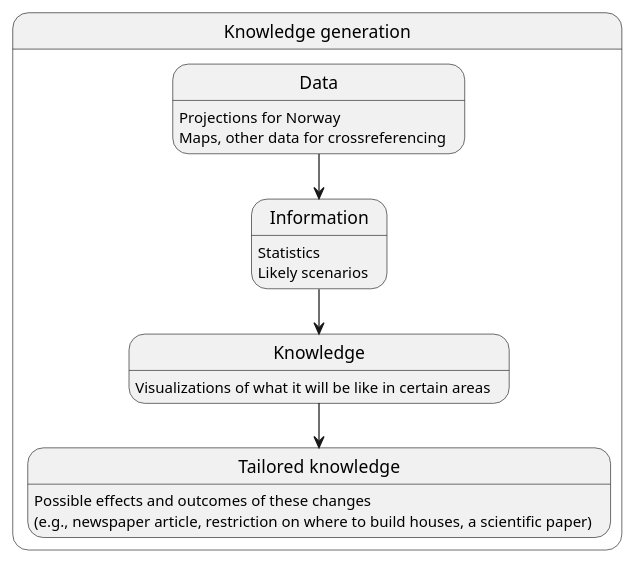
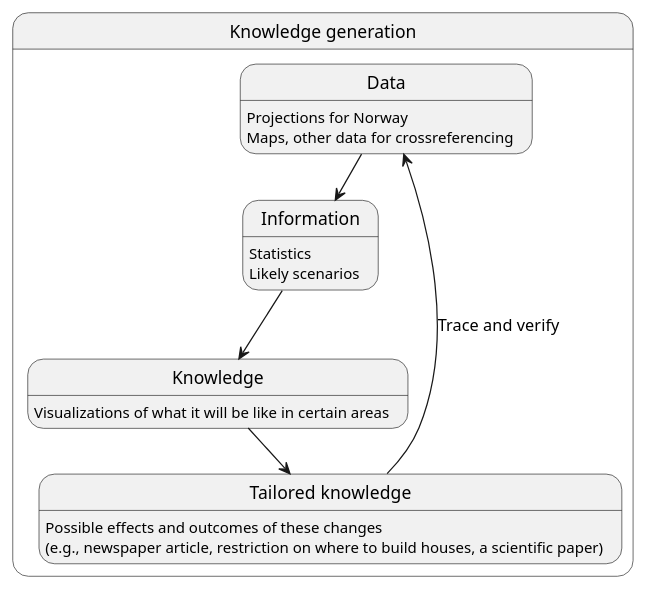
The diagram in source/information_to_knowledge_klima_bruker.puml (metno/S-ENDA-documentation), drawn with PlantUML before and after one commit. The commit also changed 1 other file, not shown here.

Commit message:
#210: added a goal definition and more on normal and alternative flows. We should probably add a float diagram for the normal flows as well.

```diff
--- a/source/information_to_knowledge_klima_bruker.puml
+++ b/source/information_to_knowledge_klima_bruker.puml
@@ -1,28 +1,29 @@
 @startuml
 
 state "Knowledge generation" as kg {
 
 state Data {
   Data : Projections for Norway
   Data : Maps, other data for crossreferencing
 }
 
 state Information {
   Information : Statistics 
   Information : Likely scenarios
 }
 
 state Knowledge {
   Knowledge : Visualizations of what it will be like in certain areas
 }
 
 state "Tailored knowledge" as tk {
   tk : Possible effects and outcomes of these changes\n(e.g., newspaper article, restriction on where to build houses, a scientific paper)
 }
 }
 
 Data --> Information
 Information --> Knowledge
 Knowledge --> tk
+tk --> Data : Trace and verify
 
 @enduml
```
